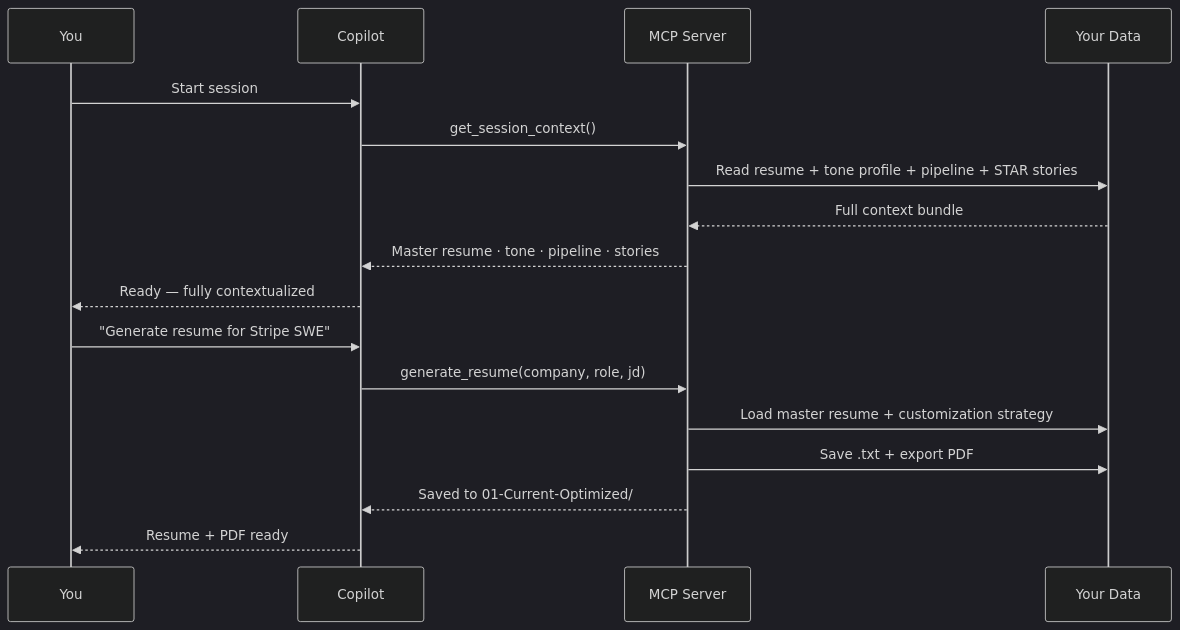
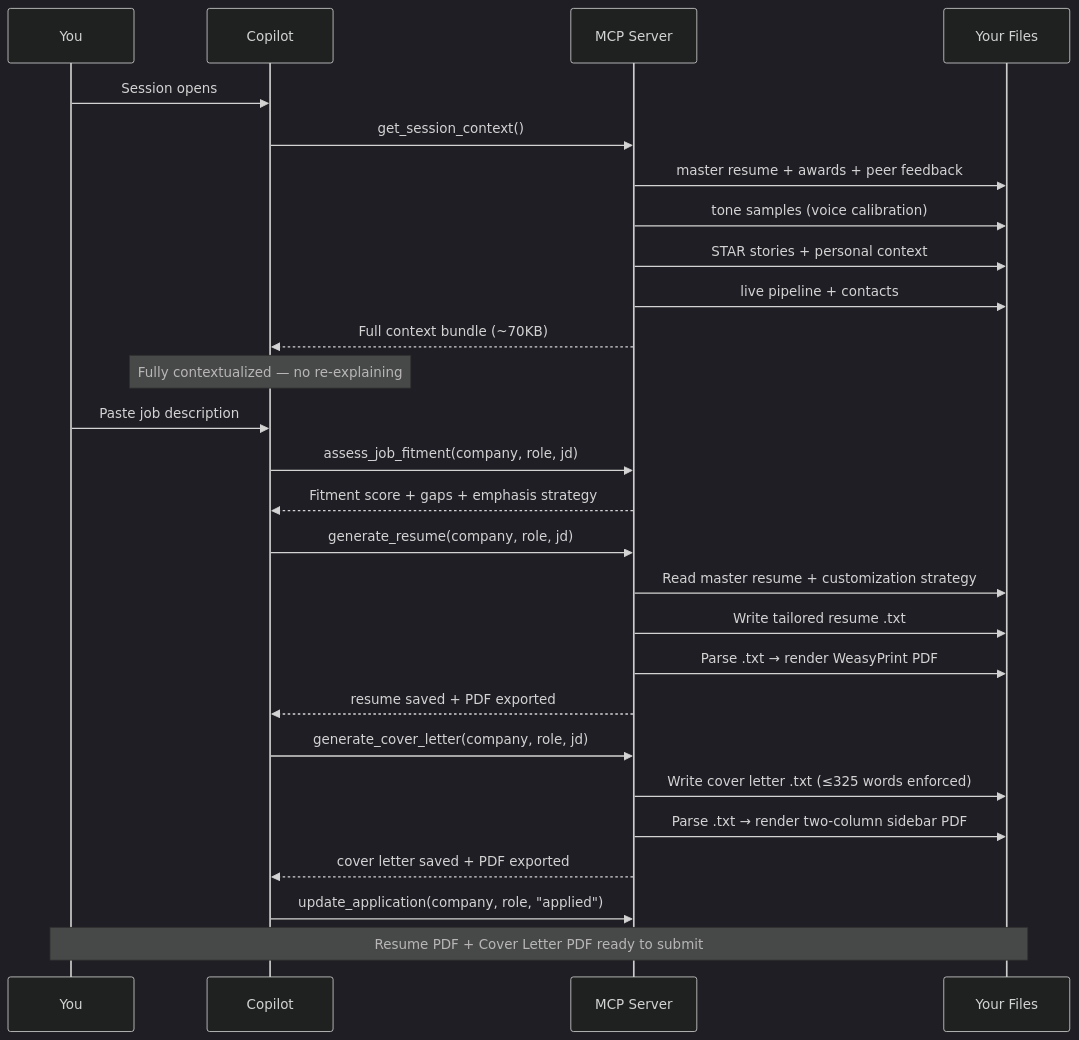
One commit to JustLikeFrank3/jobContextMCP changed the second of 2 diagrams in README.md. Above: the diagram before and after it, drawn with Mermaid (dark theme). The commit also changed other lines of this file, not shown here.

Commit message:
docs: replace placeholder Mermaid diagrams with full tool architecture and end-to-end pipeline

````diff
--- a/README.md
+++ b/README.md
@@ -63,21 +92,31 @@
 ```mermaid
 sequenceDiagram
-    participant U as You
-    participant AI as Copilot
+    participant You
+    participant Copilot
     participant MCP as MCP Server
-    participant D as Your Data
+    participant Files as Your Files
 
-    U->>AI: Start session
-    AI->>MCP: get_session_context()
-    MCP->>D: Read resume + tone profile + pipeline + STAR stories
-    D-->>MCP: Full context bundle
-    MCP-->>AI: Master resume · tone · pipeline · stories
-    AI-->>U: Ready — fully contextualized
+    You->>Copilot: Session opens
+    Copilot->>MCP: get_session_context()
+    MCP->>Files: master resume + awards + peer feedback
+    MCP->>Files: tone samples (voice calibration)
+    MCP->>Files: STAR stories + personal context
+    MCP->>Files: live pipeline + contacts
+    MCP-->>Copilot: Full context bundle (~70KB)
+    Note over Copilot: Fully contextualized — no re-explaining
 
-    U->>AI: "Generate resume for Stripe SWE"
-    AI->>MCP: generate_resume(company, role, jd)
-    MCP->>D: Load master resume + customization strategy
-    MCP->>D: Save .txt + export PDF
-    MCP-->>AI: Saved to 01-Current-Optimized/
-    AI-->>U: Resume + PDF ready
+    You->>Copilot: Paste job description
+    Copilot->>MCP: assess_job_fitment(company, role, jd)
+    MCP-->>Copilot: Fitment score + gaps + emphasis strategy
+    Copilot->>MCP: generate_resume(company, role, jd)
+    MCP->>Files: Read master resume + customization strategy
+    MCP->>Files: Write tailored resume .txt
+    MCP->>Files: Parse .txt → render WeasyPrint PDF
+    MCP-->>Copilot: resume saved + PDF exported
+    Copilot->>MCP: generate_cover_letter(company, role, jd)
+    MCP->>Files: Write cover letter .txt (≤325 words enforced)
+    MCP->>Files: Parse .txt → render two-column sidebar PDF
+    MCP-->>Copilot: cover letter saved + PDF exported
+    Copilot->>MCP: update_application(company, role, "applied")
+    Note over You,Files: Resume PDF + Cover Letter PDF ready to submit
 ```
````
